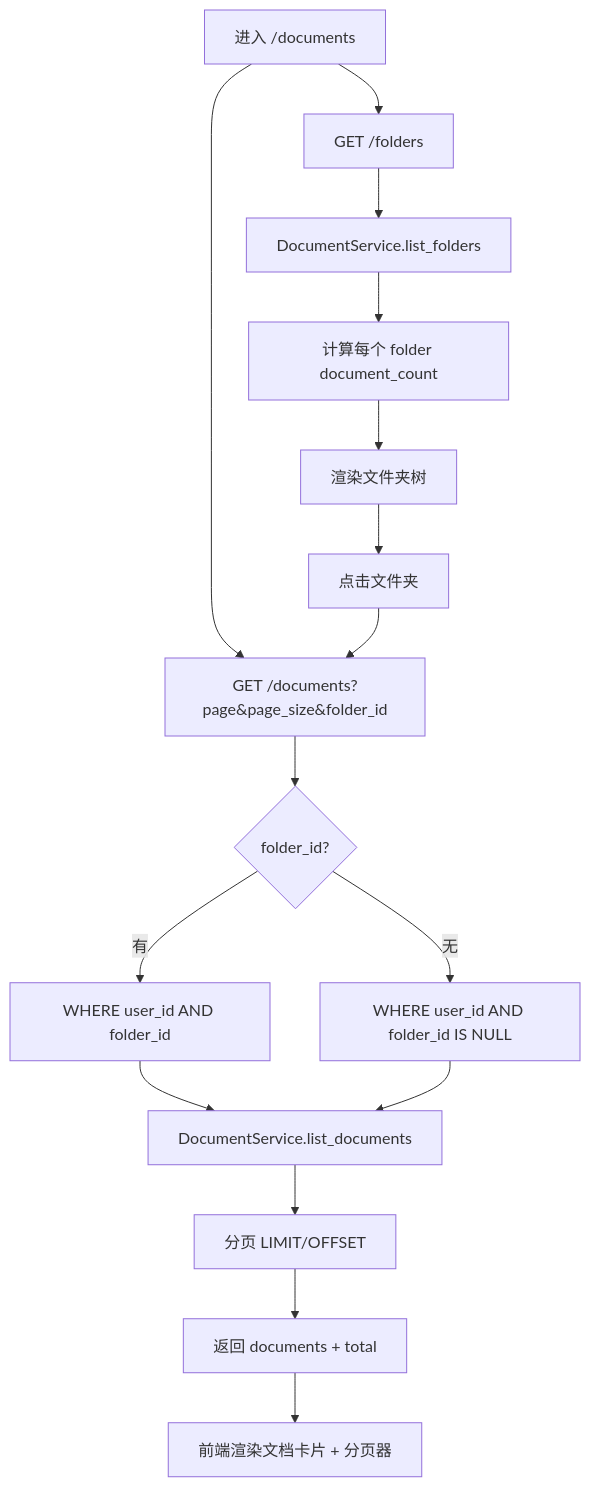
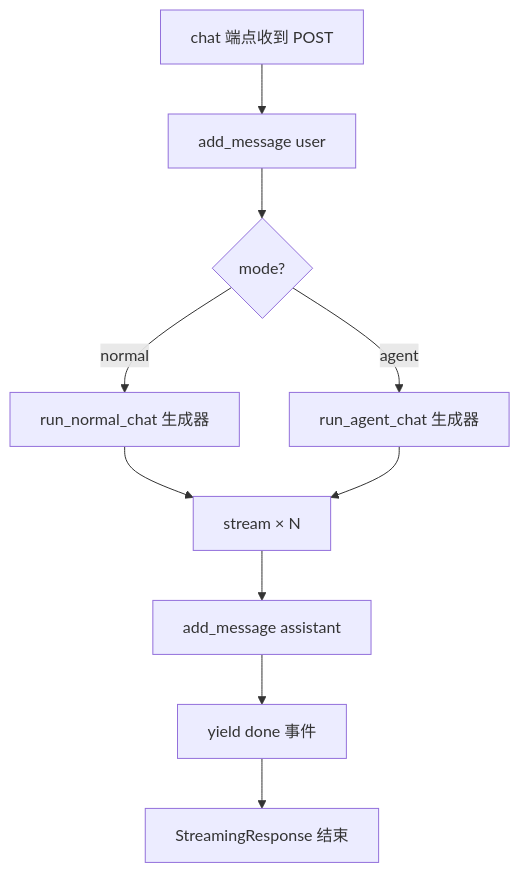
One commit to ji-xinpeng/Scholar-Agent changed the eighth of 8 diagrams in docs/技术开发方案.md. Above: the diagram before and after it, drawn with Mermaid. The commit also changed other lines of this file and 19 other files, not shown here.

````diff
--- a/docs/技术开发方案.md
+++ b/docs/技术开发方案.md
@@ -463,18 +922,12 @@
 ```mermaid
 flowchart TD
-    A[进入 /documents] --> B[GET /folders]
-    B --> C[DocumentService.list_folders]
-    C --> D[计算每个 folder document_count]
-    D --> E[渲染文件夹树]
-    A --> F[GET /documents?page&page_size&folder_id]
-    F --> G{folder_id?}
-    G -->|有| H[WHERE user_id AND folder_id]
-    G -->|无| I[WHERE user_id AND folder_id IS NULL]
-    H --> J[DocumentService.list_documents]
-    I --> J
-    J --> K[分页 LIMIT/OFFSET]
-    K --> L[返回 documents + total]
-    L --> M[前端渲染文档卡片 + 分页器]
-    E --> N[点击文件夹]
-    N --> F
+    A[chat 端点收到 POST] --> B[add_message user]
+    B --> C{mode?}
+    C -->|normal| D[run_normal_chat 生成器]
+    C -->|agent| E[run_agent_chat 生成器]
+    D --> F[stream × N]
+    E --> F
+    F --> G[add_message assistant]
+    G --> H[yield done 事件]
+    H --> I[StreamingResponse 结束]
 ```
````
